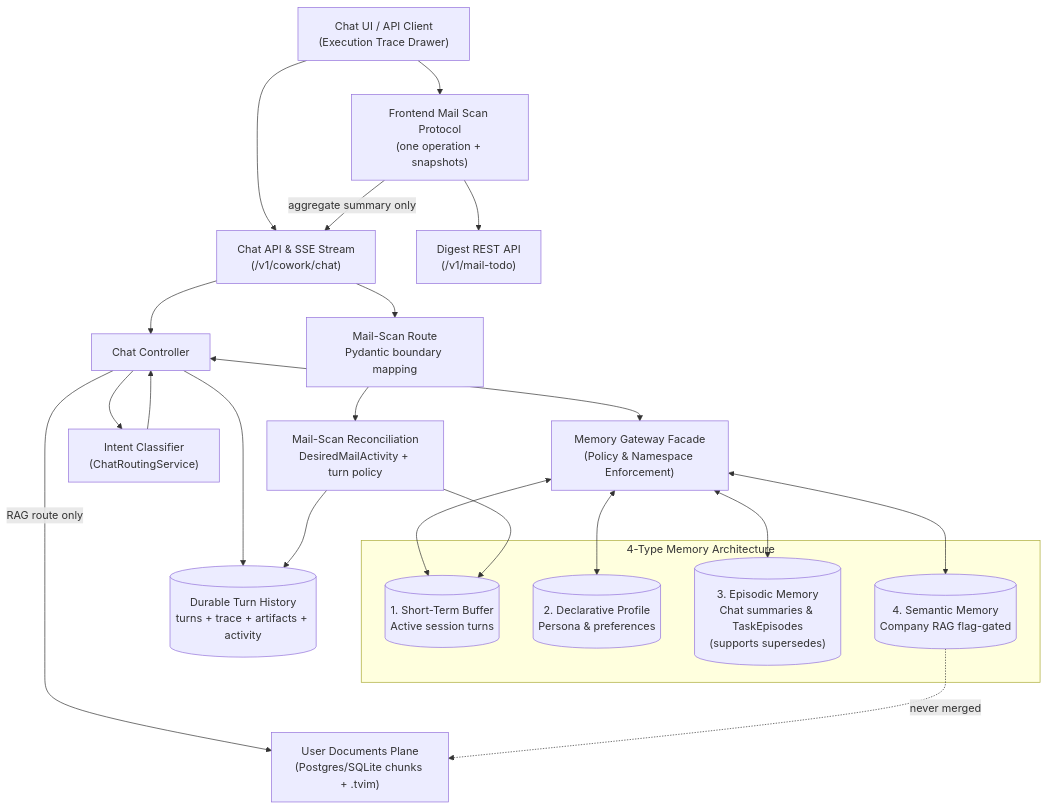
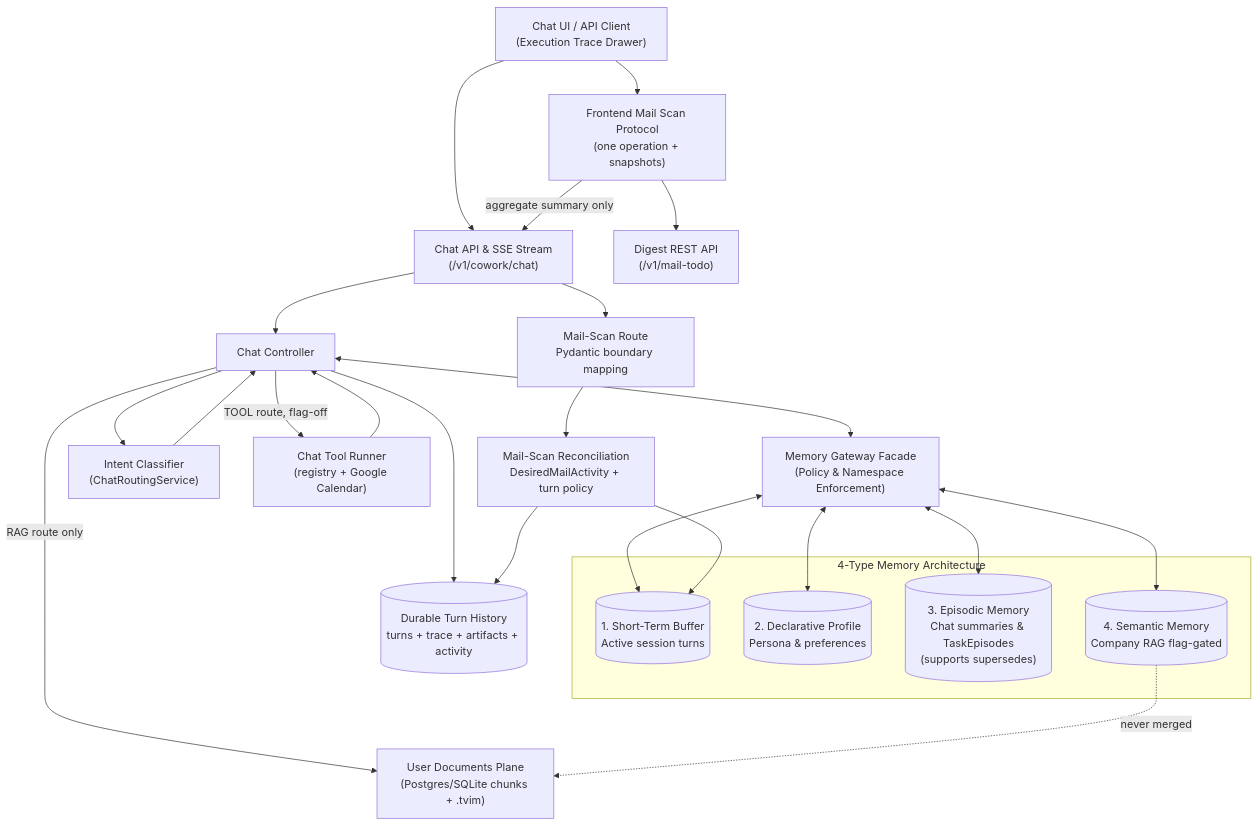
The diagram in docs/architectures/current-architectures/02-ai-chat-and-typed-memory.md (MathematicGuy/EMAIL-AGENT-v1), drawn with Mermaid before and after one commit. The commit also changed other lines of this file and 37 other files, not shown here.

````diff
--- a/docs/architectures/current-architectures/02-ai-chat-and-typed-memory.md
+++ b/docs/architectures/current-architectures/02-ai-chat-and-typed-memory.md
@@ -17,31 +19,33 @@
 ```mermaid
 flowchart TB
     CLIENT["Chat UI / API Client<br/>(Execution Trace Drawer)"] --> SSE["Chat API & SSE Stream<br/>(/v1/cowork/chat)"]
     CLIENT --> MAIL_SCAN["Frontend Mail Scan Protocol<br/>(one operation + snapshots)"]
     MAIL_SCAN --> MAIL_API["Digest REST API<br/>(/v1/mail-todo)"]
     MAIL_SCAN -->|"aggregate summary only"| SSE
     SSE --> CHAT["Chat Controller"]
     CHAT --> HISTORY[("Durable Turn History<br/>turns + trace + artifacts + activity")]
     SSE --> MAIL_ROUTE["Mail-Scan Route<br/>Pydantic boundary mapping"]
     MAIL_ROUTE --> MAIL_POLICY["Mail-Scan Reconciliation<br/>DesiredMailActivity + turn policy"]
     MAIL_POLICY --> HISTORY
     CHAT --> CLS["Intent Classifier<br/>(ChatRoutingService)"]
     CLS --> CHAT
+    CHAT -->|"TOOL route, flag-off"| TOOLS["Chat Tool Runner<br/>(registry + Google Calendar)"]
+    TOOLS --> CHAT
     CHAT <--> GATEWAY["Memory Gateway Facade<br/>(Policy & Namespace Enforcement)"]
 
     subgraph MEMORY["4-Type Memory Architecture"]
         SHORT[("1. Short-Term Buffer<br/>Active session turns")]
         DECL[("2. Declarative Profile<br/>Persona & preferences")]
         EPISODE[("3. Episodic Memory<br/>Chat summaries & TaskEpisodes<br/>(supports supersedes)")]
         SEMANTIC[("4. Semantic Memory<br/>Company RAG flag-gated")]
     end
 
     GATEWAY <--> SHORT
     MAIL_POLICY --> SHORT
     GATEWAY <--> DECL
     GATEWAY <--> EPISODE
     GATEWAY <--> SEMANTIC
 
     CHAT -->|"RAG route only"| UDOC["User Documents Plane<br/>(Postgres/SQLite chunks + .tvim)"]
     SEMANTIC -.->|"never merged"| UDOC
 ```
````
